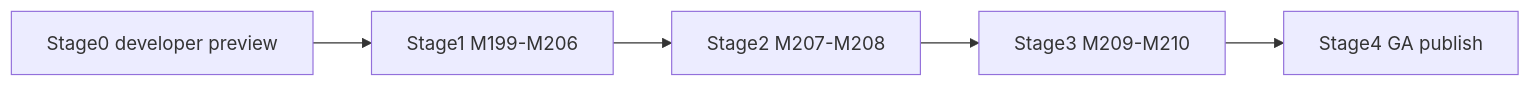
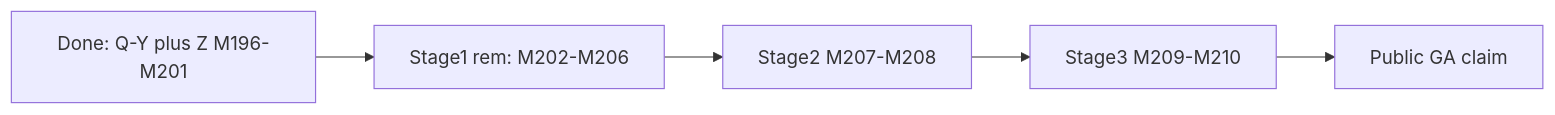
One commit to tanbamboo/rusql changed the diagram in docs/en/specs/public-release-roadmap.md. Above: the diagram before and after it, drawn with Mermaid. The commit also changed other lines of this file and 4 other files, not shown here.

First line of the commit message:
docs: refresh public-release roadmap gap snapshot (post-M201)

````diff
--- a/docs/en/specs/public-release-roadmap.md
+++ b/docs/en/specs/public-release-roadmap.md
@@ -37,9 +32,9 @@
 ```mermaid
 flowchart LR
-  s0["Stage0 developer preview"]
-  s1["Stage1 M199-M206"]
-  s2["Stage2 M207-M208"]
-  s3["Stage3 M209-M210"]
-  s4["Stage4 GA publish"]
-  s0 --> s1 --> s2 --> s3 --> s4
+  doneThru["Done: Q-Y plus Z M196-M201"]
+  stage1rem["Stage1 rem: M202-M206"]
+  stage2["Stage2 M207-M208"]
+  stage3["Stage3 M209-M210"]
+  ga["Public GA claim"]
+  doneThru --> stage1rem --> stage2 --> stage3 --> ga
 ```
````
